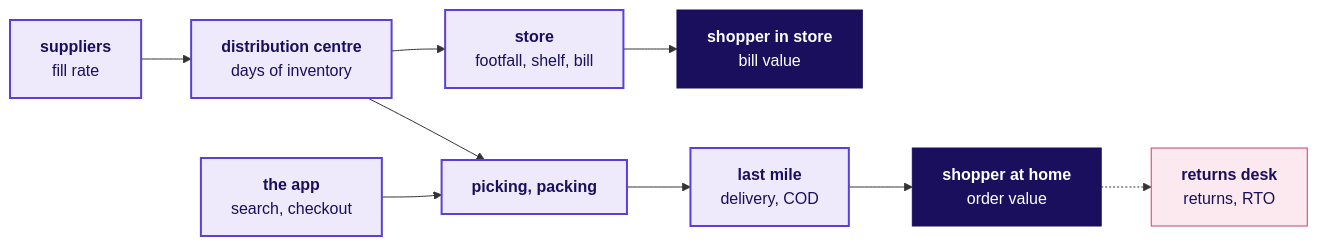
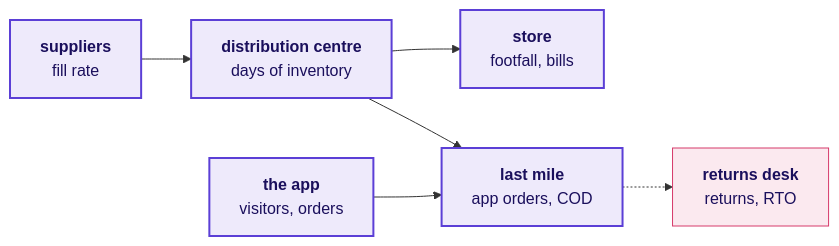
Before and after one commit to fde-academy-lab/c2-content-factory: the first of 18 diagrams in content/W01/D1/slides/C2_W01_D01_half1_STUDENT.md, drawn with Mermaid. The commit also changed other lines of this file and 16 other files, not shown here.

````diff
--- a/content/W01/D1/slides/C2_W01_D01_half1_STUDENT.md
+++ b/content/W01/D1/slides/C2_W01_D01_half1_STUDENT.md
@@ -33,17 +33,12 @@
 ```mermaid
 flowchart LR
     SUP["<b>suppliers</b><br/>fill rate"] --> DC["<b>distribution centre</b><br/>days of inventory"]
-    DC --> ST["<b>store</b><br/>footfall, shelf, bill"]
-    ST --> SH1["<b>shopper in store</b><br/>bill value"]
-    DC --> PK["<b>picking, packing</b>"]
-    APP["<b>the app</b><br/>search, checkout"] --> PK
-    PK --> LM["<b>last mile</b><br/>delivery, COD"]
-    LM --> SH2["<b>shopper at home</b><br/>order value"]
-    SH2 -.-> RD["<b>returns desk</b><br/>returns, RTO"]
+    DC --> ST["<b>store</b><br/>footfall, bills"]
+    DC --> LM["<b>last mile</b><br/>app orders, COD"]
+    APP["<b>the app</b><br/>visitors, orders"] --> LM
+    LM -.-> RD["<b>returns desk</b><br/>returns, RTO"]
     classDef known fill:#EEEAFB,stroke:#5B3FD6,color:#1A0F5C,stroke-width:2px
     classDef bad fill:#FBE9EF,stroke:#D63A6A,color:#1A0F5C
-    classDef bet fill:#1A0F5C,stroke:#1A0F5C,color:#FFFFFF
-    class SUP,DC,ST,PK,APP,LM known
+    class SUP,DC,ST,APP,LM known
     class RD bad
-    class SH1,SH2 bet
 ```
````
